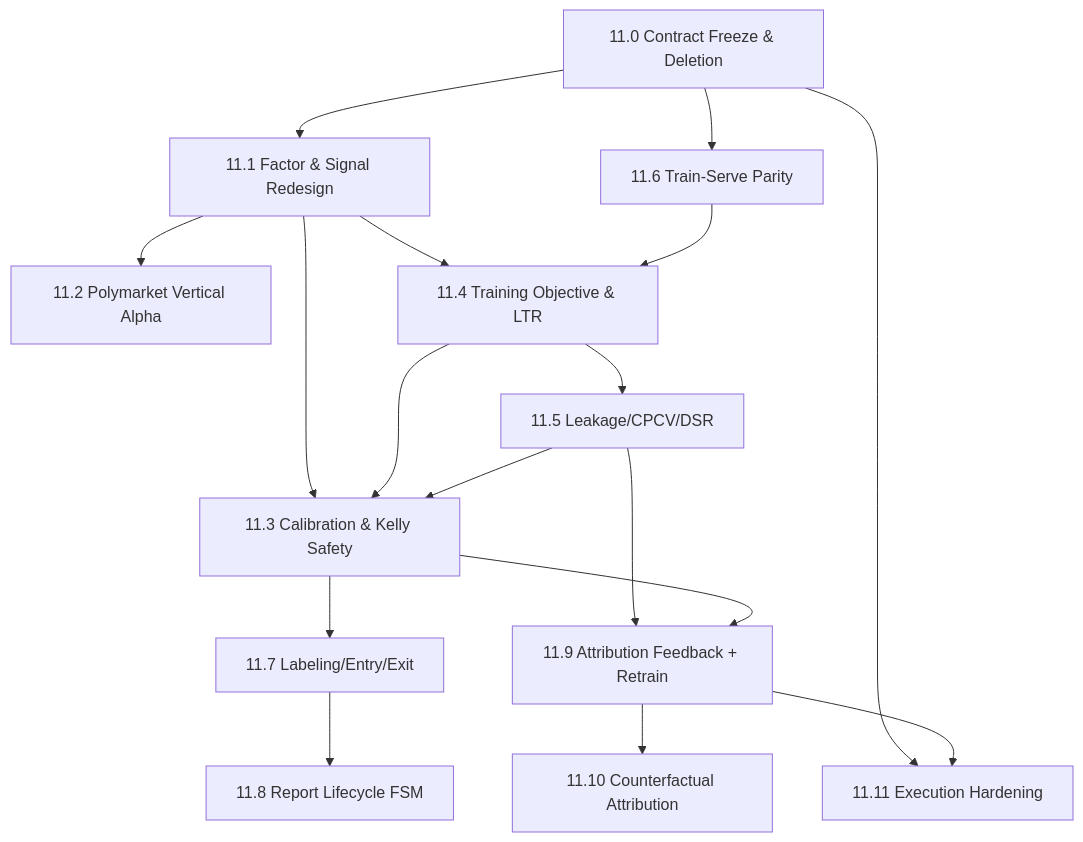
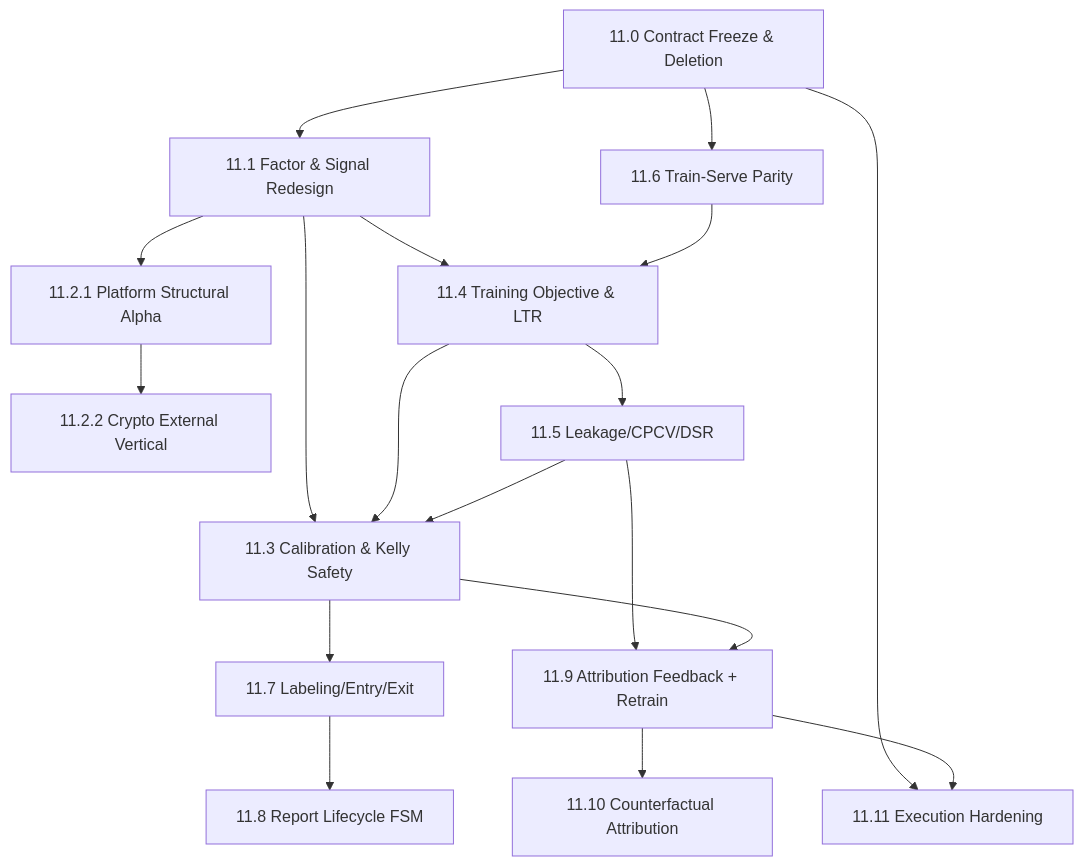
One commit to solomon-ssy/oxide-arb changed the diagram in docs/plans/quant-pivot/phase-11/README.md. Above: the diagram before and after it, drawn with Mermaid. The commit also changed other lines of this file and 163 other files, not shown here.

Commit message:
feat(core,research,models,repository,web,docs)!: 🏗️ Phase 11.2.1 — structural alpha monitor, favorite-longshot bias tables, and app ports extraction

````diff
--- a/docs/plans/quant-pivot/phase-11/README.md
+++ b/docs/plans/quant-pivot/phase-11/README.md
@@ -82,32 +84,34 @@
 ```mermaid
 flowchart TD
     P110["11.0 Contract Freeze & Deletion"]
     P111["11.1 Factor & Signal Redesign"]
-    P112["11.2 Polymarket Vertical Alpha"]
+    P1121["11.2.1 Platform Structural Alpha"]
+    P1122["11.2.2 Crypto External Vertical"]
     P113["11.3 Calibration & Kelly Safety"]
     P114["11.4 Training Objective & LTR"]
     P115["11.5 Leakage/CPCV/DSR"]
     P116["11.6 Train-Serve Parity"]
     P117["11.7 Labeling/Entry/Exit"]
     P118["11.8 Report Lifecycle FSM"]
     P119["11.9 Attribution Feedback + Retrain"]
     P1110["11.10 Counterfactual Attribution"]
     P1111["11.11 Execution Hardening"]
 
     P110 --> P111
     P110 --> P116
-    P111 --> P112
+    P111 --> P1121
+    P1121 --> P1122
     P111 --> P114
     P116 --> P114
     P114 --> P115
     P111 --> P113
     P114 --> P113
     P115 --> P113
     P113 --> P117
     P117 --> P118
     P115 --> P119
     P113 --> P119
     P119 --> P1110
     P110 --> P1111
     P119 --> P1111
 ```
````
